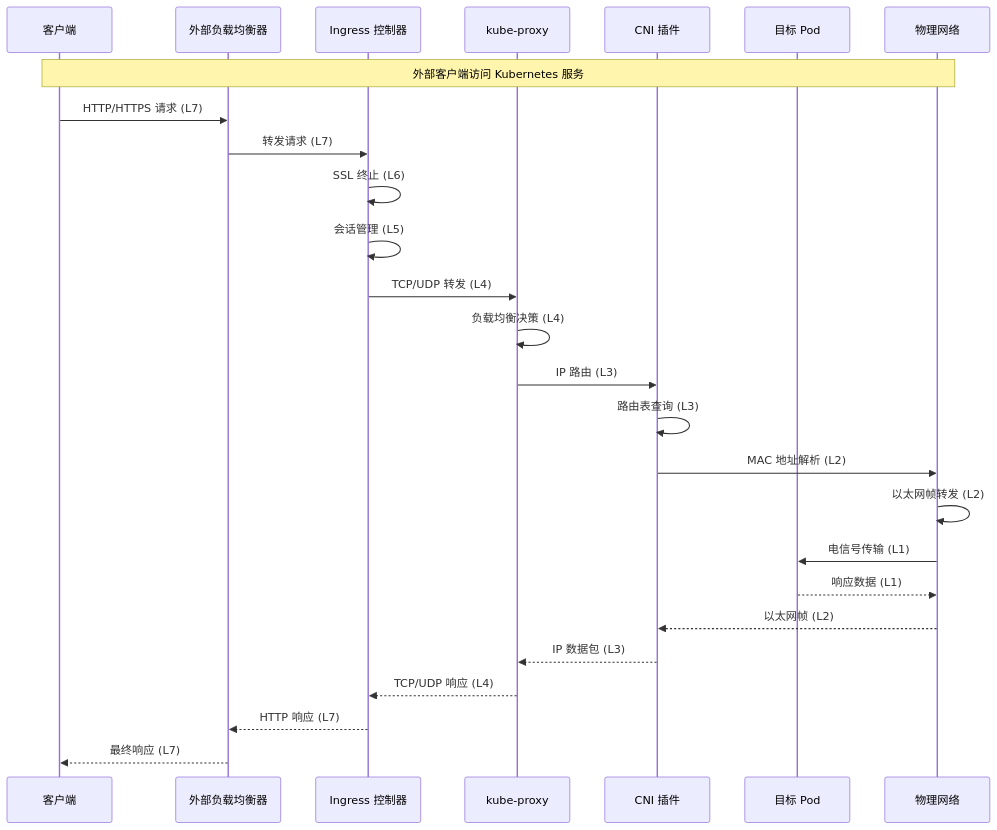
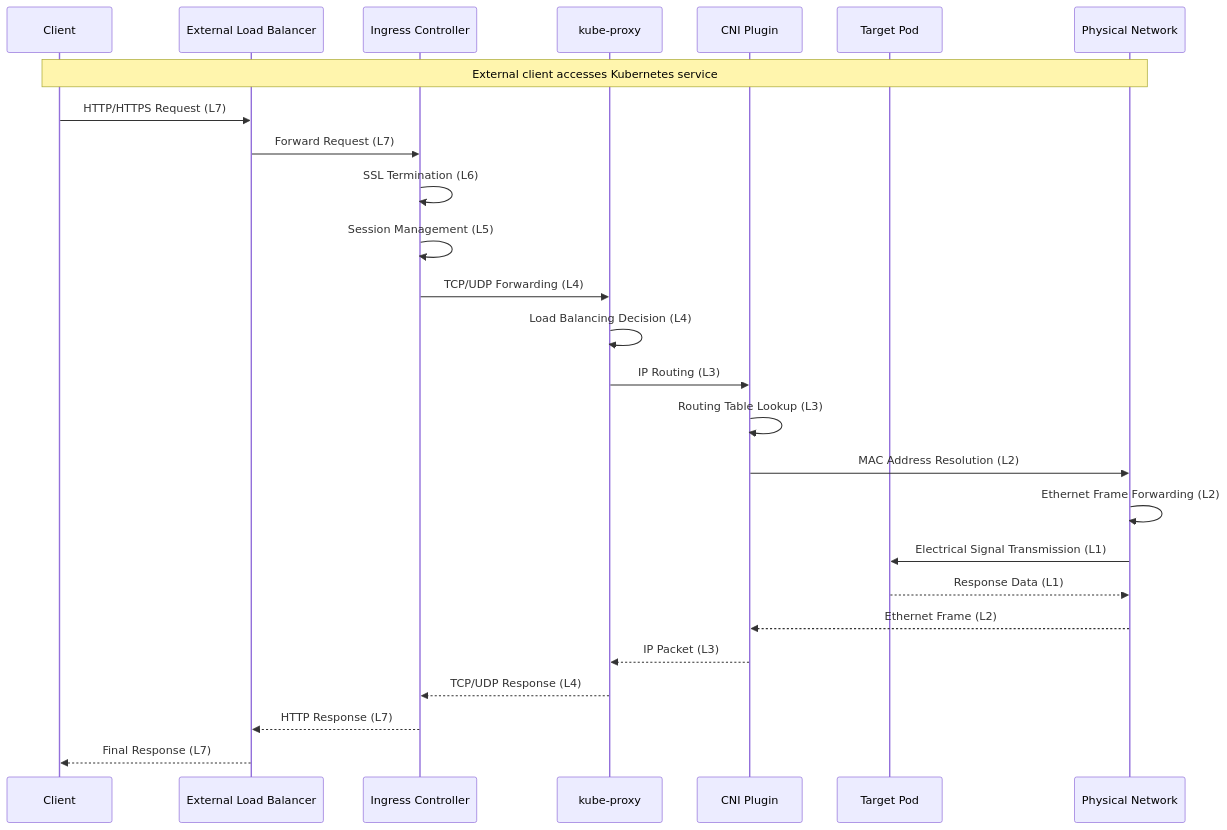
The second of 3 diagrams in files/k8s-osi-network-topology.md (liweinan/deepseek-answers), drawn with Mermaid before and after one commit. The commit also changed other lines of this file and 135 other files, not shown here.

````diff
--- a/files/k8s-osi-network-topology.md
+++ b/files/k8s-osi-network-topology.md
@@ -161,41 +161,41 @@
 ```mermaid
 sequenceDiagram
-    participant Client as 客户端
-    participant LB as 外部负载均衡器
-    participant Ingress as Ingress 控制器
+    participant Client as Client
+    participant LB as External Load Balancer
+    participant Ingress as Ingress Controller
     participant KubeProxy as kube-proxy
-    participant CNI as CNI 插件
-    participant Pod as 目标 Pod
-    participant Physical as 物理网络
+    participant CNI as CNI Plugin
+    participant Pod as Target Pod
+    participant Physical as Physical Network
 
-    Note over Client,Physical: 外部客户端访问 Kubernetes 服务
+    Note over Client,Physical: External client accesses Kubernetes service
 
-    %% L7 应用层
-    Client->>LB: HTTP/HTTPS 请求 (L7)
-    LB->>Ingress: 转发请求 (L7)
-    Ingress->>Ingress: SSL 终止 (L6)
-    Ingress->>Ingress: 会话管理 (L5)
+    %% L7 Application Layer
+    Client->>LB: HTTP/HTTPS Request (L7)
+    LB->>Ingress: Forward Request (L7)
+    Ingress->>Ingress: SSL Termination (L6)
+    Ingress->>Ingress: Session Management (L5)
     
-    %% L4 传输层
-    Ingress->>KubeProxy: TCP/UDP 转发 (L4)
-    KubeProxy->>KubeProxy: 负载均衡决策 (L4)
+    %% L4 Transport Layer
+    Ingress->>KubeProxy: TCP/UDP Forwarding (L4)
+    KubeProxy->>KubeProxy: Load Balancing Decision (L4)
     
-    %% L3 网络层
-    KubeProxy->>CNI: IP 路由 (L3)
-    CNI->>CNI: 路由表查询 (L3)
+    %% L3 Network Layer
+    KubeProxy->>CNI: IP Routing (L3)
+    CNI->>CNI: Routing Table Lookup (L3)
     
-    %% L2 数据链路层
-    CNI->>Physical: MAC 地址解析 (L2)
-    Physical->>Physical: 以太网帧转发 (L2)
+    %% L2 Data Link Layer
+    CNI->>Physical: MAC Address Resolution (L2)
+    Physical->>Physical: Ethernet Frame Forwarding (L2)
     
-    %% L1 物理层
-    Physical->>Pod: 电信号传输 (L1)
+    %% L1 Physical Layer
+    Physical->>Pod: Electrical Signal Transmission (L1)
     
-    %% 响应路径
-    Pod-->>Physical: 响应数据 (L1)
-    Physical-->>CNI: 以太网帧 (L2)
-    CNI-->>KubeProxy: IP 数据包 (L3)
-    KubeProxy-->>Ingress: TCP/UDP 响应 (L4)
-    Ingress-->>LB: HTTP 响应 (L7)
-    LB-->>Client: 最终响应 (L7)
+    %% Response Path
+    Pod-->>Physical: Response Data (L1)
+    Physical-->>CNI: Ethernet Frame (L2)
+    CNI-->>KubeProxy: IP Packet (L3)
+    KubeProxy-->>Ingress: TCP/UDP Response (L4)
+    Ingress-->>LB: HTTP Response (L7)
+    LB-->>Client: Final Response (L7)
 ```
````
